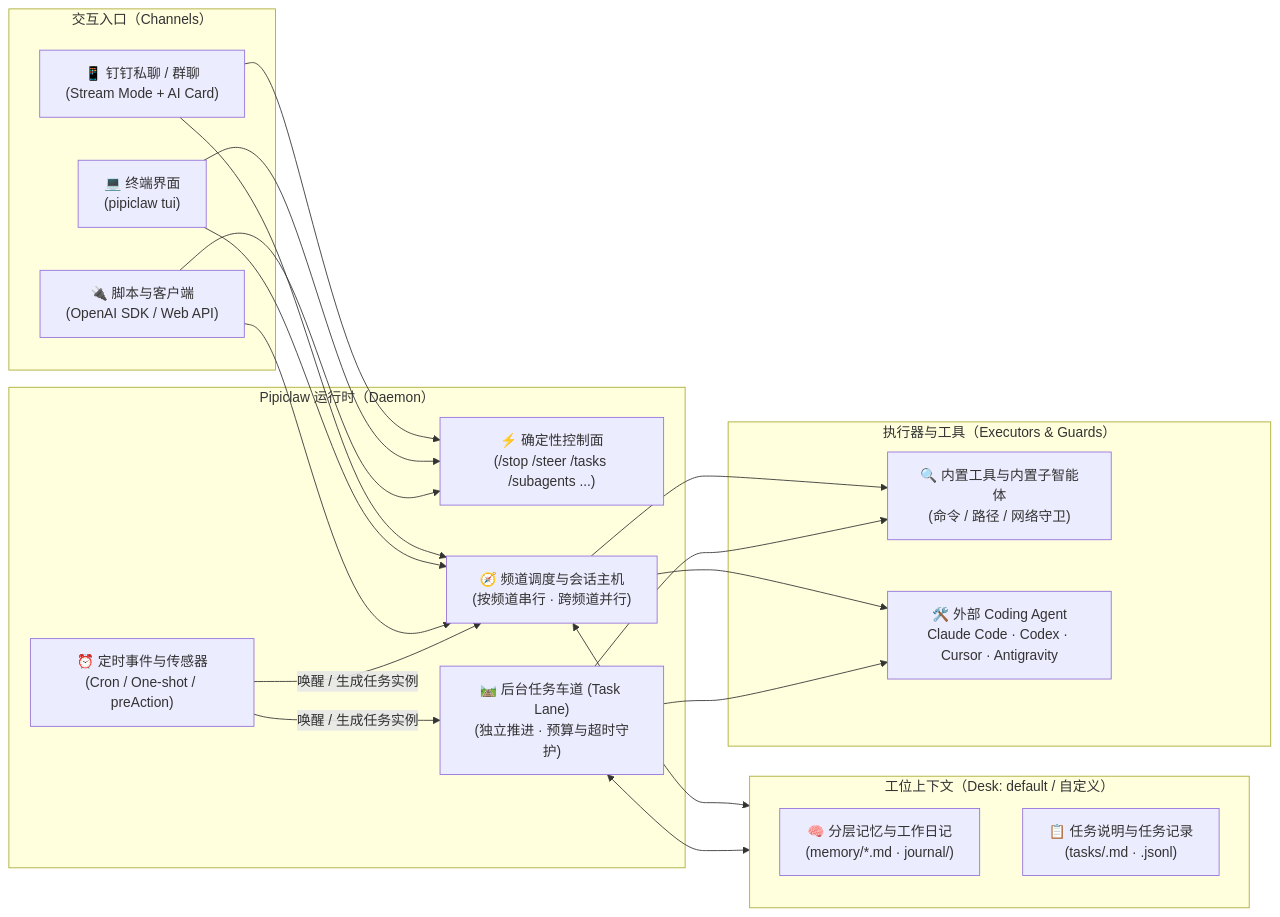
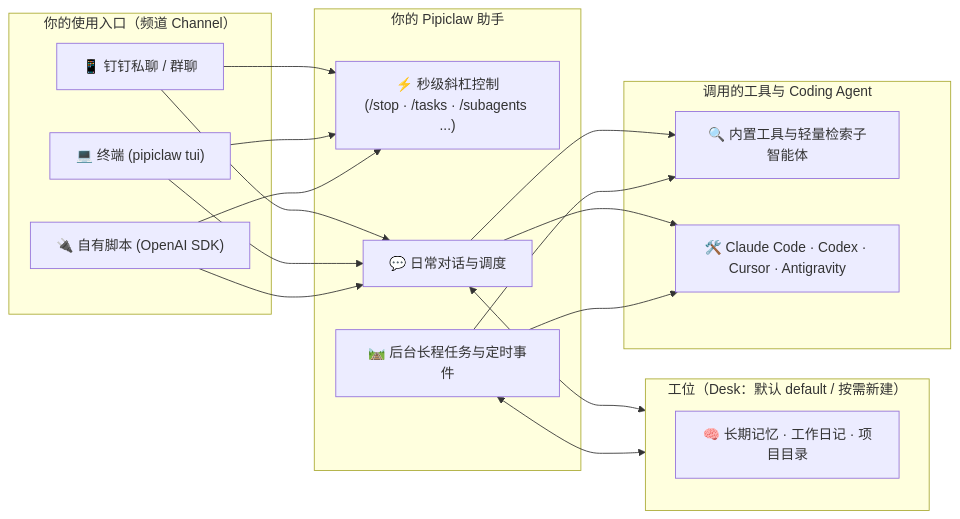
One commit to oyasmi/pipiclaw changed the diagram in README.md. Above: the diagram before and after it, drawn with Mermaid. The commit also changed other lines of this file and 2 other files, not shown here.

````diff
--- a/README.md
+++ b/README.md
@@ -63,31 +233,27 @@
 ```mermaid
 flowchart LR
-    subgraph Entries["交互入口（Channels）"]
-        DT["📱 钉钉私聊 / 群聊<br/>(Stream Mode + AI Card)"]
-        TUI["💻 终端界面<br/>(pipiclaw tui)"]
-        API["🔌 脚本与客户端<br/>(OpenAI SDK / Web API)"]
+    subgraph You["你的使用入口（频道 Channel）"]
+        DT["📱 钉钉私聊 / 群聊"]
+        TUI["💻 终端 (pipiclaw tui)"]
+        SDK["🔌 自有脚本 (OpenAI SDK)"]
     end
 
-    subgraph Runtime["Pipiclaw 运行时（Daemon）"]
-        CP["⚡ 确定性控制面<br/>(/stop /steer /tasks /subagents ...)"]
-        CR["🧭 频道调度与会话主机<br/>(按频道串行 · 跨频道并行)"]
-        TL["🛤️ 后台任务车道 (Task Lane)<br/>(独立推进 · 预算与超时守护)"]
-        EV["⏰ 定时事件与传感器<br/>(Cron / One-shot / preAction)"]
+    subgraph Assistant["你的 Pipiclaw 助手"]
+        CMD["⚡ 秒级斜杠控制<br/>(/stop · /tasks · /subagents ...)"]
+        CHAT["💬 日常对话与调度"]
+        TASK["🛤️ 后台长程任务与定时事件"]
     end
 
-    subgraph Desk["工位上下文（Desk: default / 自定义）"]
-        MEM["🧠 分层记忆与工作日记<br/>(memory/*.md · journal/)"]
-        TSK["📋 任务说明与任务记录<br/>(tasks/<id>.md · <id>.jsonl)"]
+    subgraph Desk["工位（Desk：默认 default / 按需新建）"]
+        MEM["🧠 长期记忆 · 工作日记 · 项目目录"]
     end
 
-    subgraph Executors["执行器与工具（Executors & Guards）"]
-        INT["🔍 内置工具与内置子智能体<br/>(命令 / 路径 / 网络守卫)"]
-        EXT["🛠️ 外部 Coding Agent<br/>Claude Code · Codex · Cursor · Antigravity"]
+    subgraph Workers["调用的工具与 Coding Agent"]
+        LOCAL["🔍 内置工具与轻量检索子智能体"]
+        CLI["🛠️ Claude Code · Codex · Cursor · Antigravity"]
     end
 
-    DT & TUI & API --> CP & CR
-    EV -->|唤醒 / 生成任务实例| CR & TL
-    CR <--> Desk
-    TL <--> Desk
-    CR & TL --> INT & EXT
+    DT & TUI & SDK --> CMD & CHAT
+    CHAT & TASK <--> Desk
+    CHAT & TASK --> LOCAL & CLI
 ```
````
